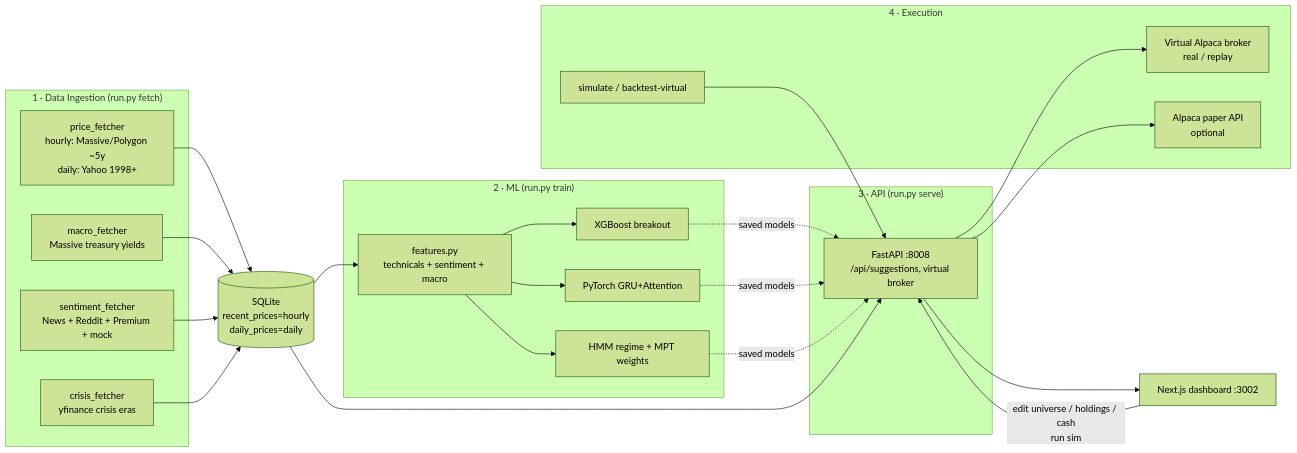
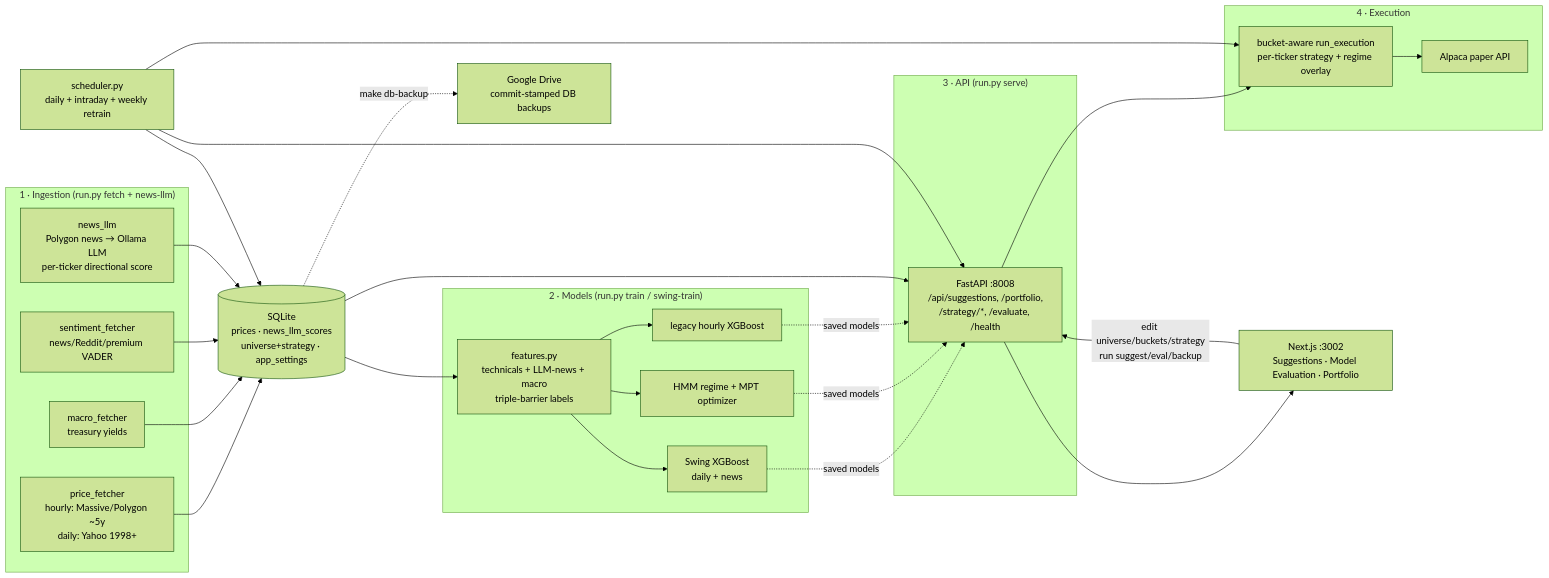
One commit to arvindpereira/ampytech-trader changed the diagram in docs/README.md. Above: the diagram before and after it, drawn with Mermaid (forest theme). The commit also changed other lines of this file and 8 other files, not shown here.

````diff
--- a/docs/README.md
+++ b/docs/README.md
@@ -35,38 +47,35 @@
 ```mermaid
 flowchart LR
-    subgraph Ingest["1 · Data Ingestion (run.py fetch)"]
+    subgraph Ingest["1 · Ingestion (run.py fetch + news-llm)"]
         P["price_fetcher<br/>hourly: Massive/Polygon ~5y<br/>daily: Yahoo 1998+"]
-        M[macro_fetcher<br/>Massive treasury yields]
-        S[sentiment_fetcher<br/>News + Reddit + Premium + mock]
-        C[crisis_fetcher<br/>yfinance crisis eras]
+        M[macro_fetcher<br/>treasury yields]
+        S[sentiment_fetcher<br/>news/Reddit/premium VADER]
+        N["news_llm<br/>Polygon news → Ollama LLM<br/>per-ticker directional score"]
     end
-    DB[(SQLite<br/>recent_prices=hourly<br/>daily_prices=daily)]
-    subgraph ML["2 · ML (run.py train)"]
-        F[features.py<br/>technicals + sentiment + macro]
-        X[XGBoost breakout]
-        T[PyTorch GRU+Attention]
-        H[HMM regime + MPT weights]
+    DB[(SQLite<br/>prices · news_llm_scores<br/>universe+strategy · app_settings)]
+    subgraph ML["2 · Models (run.py train / swing-train)"]
+        F[features.py<br/>technicals + LLM-news + macro<br/>triple-barrier labels]
+        SW[Swing XGBoost<br/>daily + news]
+        H[HMM regime + MPT optimizer]
+        X[legacy hourly XGBoost]
     end
     subgraph Serve["3 · API (run.py serve)"]
-        API[FastAPI :8008<br/>/api/suggestions, virtual broker]
+        API["FastAPI :8008<br/>/api/suggestions, /portfolio,<br/>/strategy/*, /evaluate, /health"]
     end
     subgraph Exec["4 · Execution"]
-        VB[Virtual Alpaca broker<br/>real / replay]
-        SIM[simulate / backtest-virtual]
-        ALP[Alpaca paper API<br/>optional]
+        BUCK["bucket-aware run_execution<br/>per-ticker strategy + regime overlay"]
+        ALP[Alpaca paper API]
     end
-    UI[Next.js dashboard :3002]
+    UI["Next.js :3002<br/>Suggestions · Model Evaluation · Portfolio"]
+    SCH["scheduler.py<br/>daily + intraday + weekly retrain"]
+    GD["Google Drive<br/>commit-stamped DB backups"]
 
-    P --> DB
-    M --> DB
-    S --> DB
-    C --> DB
-    DB --> F --> X & T & H
-    X & T & H -.saved models.-> API
-    DB --> API
-    API --> VB
-    SIM --> API
-    API --> ALP
-    API --> UI
-    UI -->|edit universe / holdings / cash<br/>run sim| API
+    P & M & S & N --> DB
+    DB --> F --> SW & H & X
+    SW & H & X -.saved models.-> API
+    DB --> API --> UI
+    UI -->|edit universe/buckets/strategy<br/>run suggest/eval/backup| API
+    API --> BUCK --> ALP
+    SCH --> DB & API & BUCK
+    DB -. make db-backup .-> GD
 ```
````
